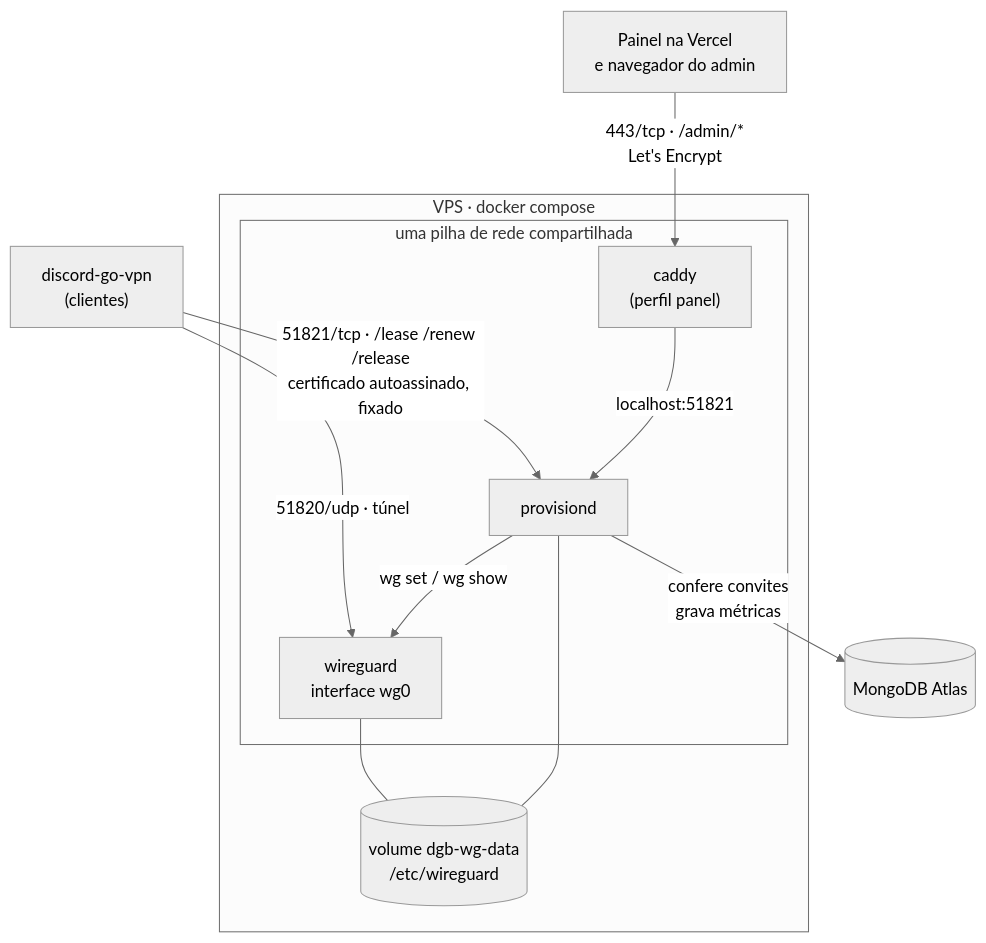
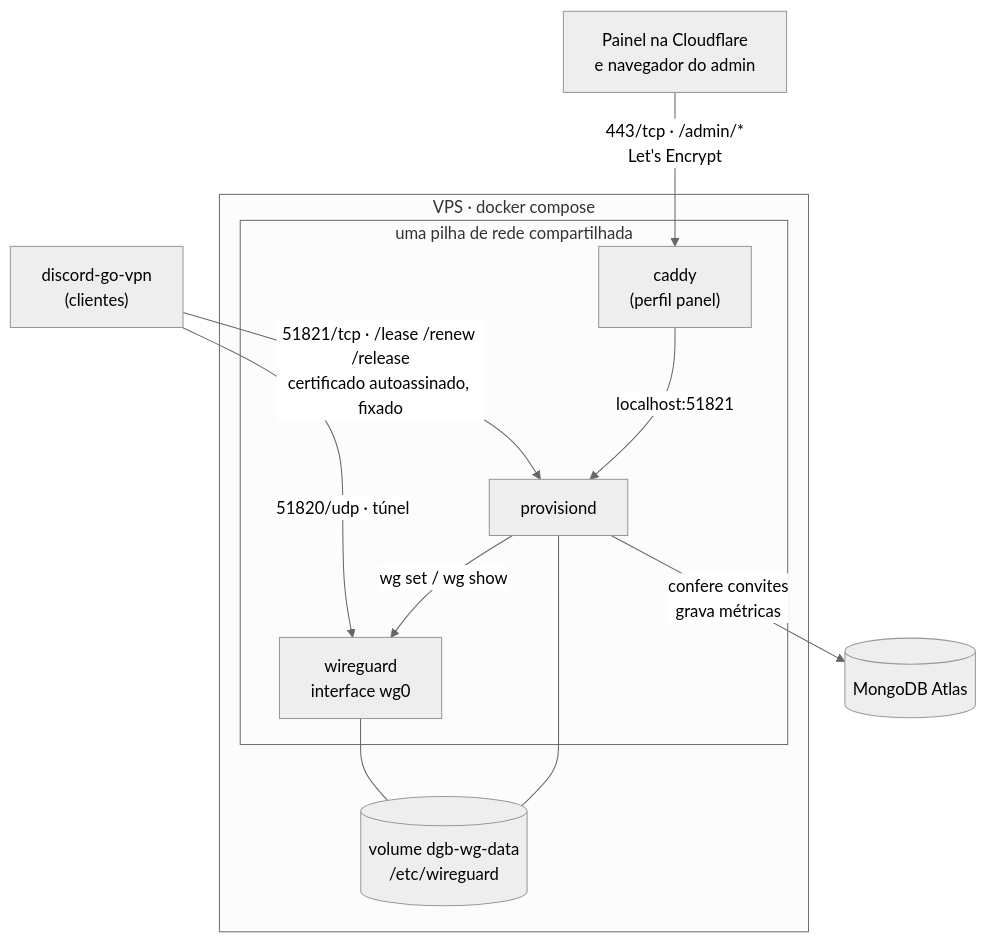
Before and after one commit to bumaruf/discord-go-vpn: the diagram in server/README.md, drawn with Mermaid (neutral theme). The commit also changed other lines of this file and 8 other files, not shown here.

````diff
--- a/server/README.md
+++ b/server/README.md
@@ -29,24 +29,24 @@
 ```mermaid
 flowchart TB
     CLI["discord-go-vpn<br/>(clientes)"]
-    ADM["Painel na Vercel<br/>e navegador do admin"]
+    ADM["Painel na Cloudflare<br/>e navegador do admin"]
     DB[("MongoDB Atlas")]
 
     subgraph VPS["VPS · docker compose"]
         subgraph PILHA["uma pilha de rede compartilhada"]
             WG["wireguard<br/>interface wg0"]
             PROV["provisiond"]
             CADDY["caddy<br/>(perfil panel)"]
         end
         VOL[("volume dgb-wg-data<br/>/etc/wireguard")]
     end
 
     CLI -- "51820/udp · túnel" --> WG
     CLI -- "51821/tcp · /lease /renew /release<br/>certificado autoassinado, fixado" --> PROV
     ADM -- "443/tcp · /admin/*<br/>Let's Encrypt" --> CADDY
     CADDY -- "localhost:51821" --> PROV
     PROV -- "wg set / wg show" --> WG
     PROV -- "confere convites<br/>grava métricas" --> DB
     WG --- VOL
     PROV --- VOL
 ```
````
